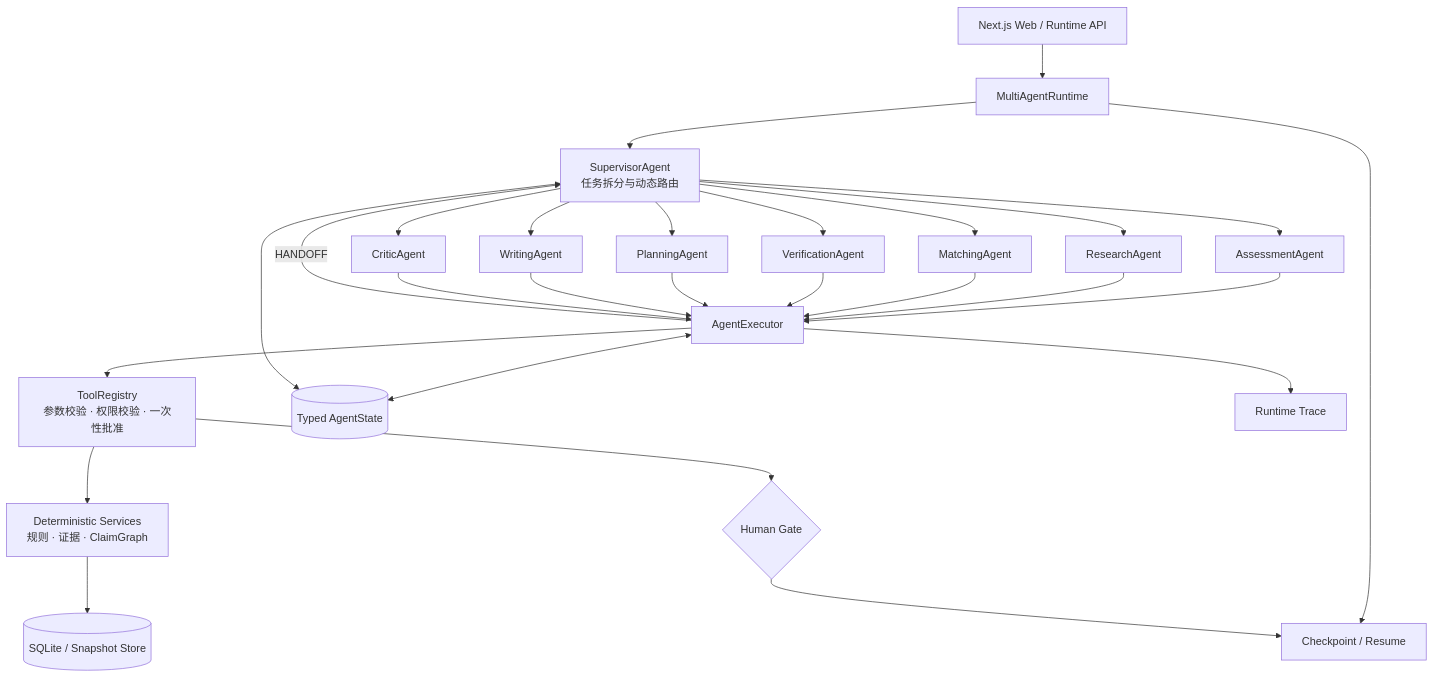
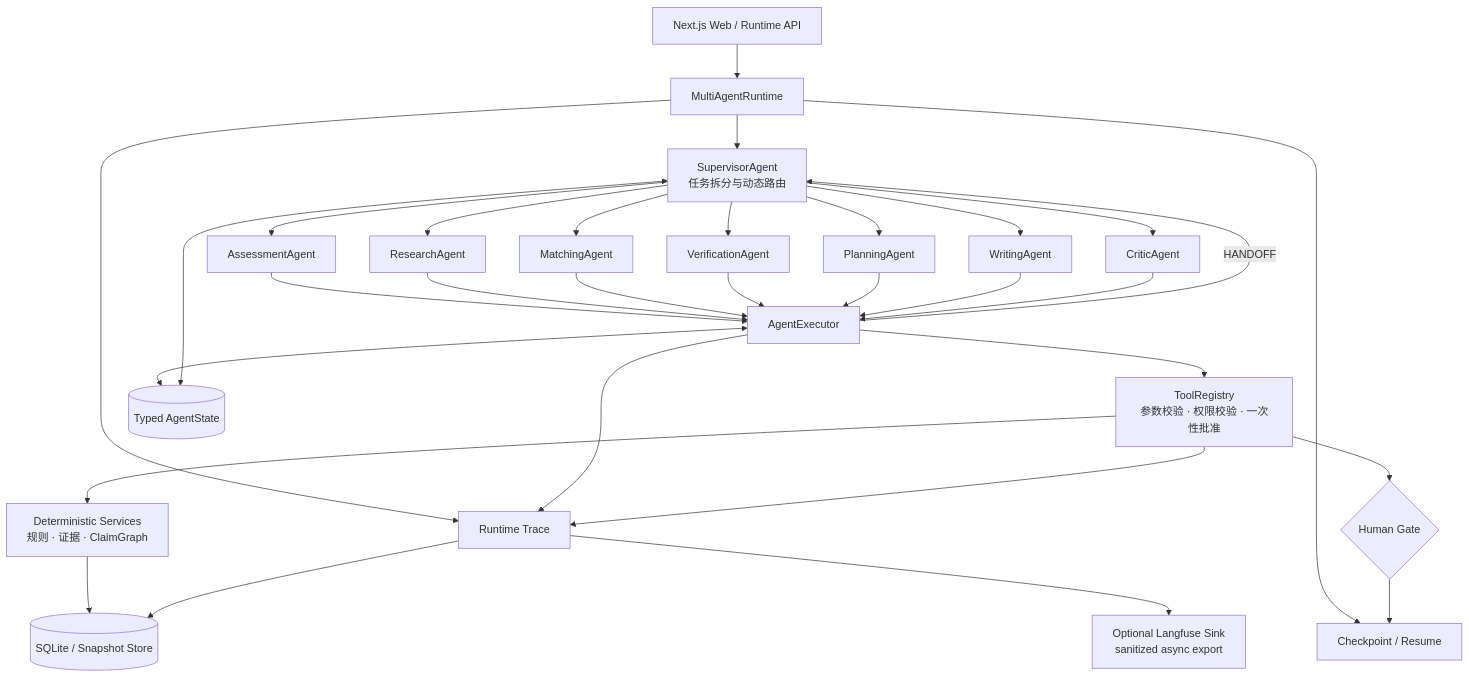
One commit to ZorIgn/HarborPilot-MultiAgent changed the second of 2 diagrams in README.md. Above: the diagram before and after it, drawn with Mermaid. The commit also changed other lines of this file and 35 other files, not shown here.

Commit message:
feat: add Langfuse runtime observability

```diff
--- a/README.md
+++ b/README.md
@@ -58,33 +58,37 @@
 ~~~mermaid
 flowchart TB
     UI["Next.js Web / Runtime API"] --> RT["MultiAgentRuntime"]
     RT --> S["SupervisorAgent<br/>任务拆分与动态路由"]
 
     S --> A["AssessmentAgent"]
     S --> R["ResearchAgent"]
     S --> M["MatchingAgent"]
     S --> V["VerificationAgent"]
     S --> P["PlanningAgent"]
     S --> W["WritingAgent"]
     S --> C["CriticAgent"]
 
     A --> E["AgentExecutor"]
     R --> E
     M --> E
     V --> E
     P --> E
     W --> E
     C --> E
 
     E --> T["ToolRegistry<br/>参数校验 · 权限校验 · 一次性批准"]
     T --> SV["Deterministic Services<br/>规则 · 证据 · ClaimGraph"]
     SV --> DB[("SQLite / Snapshot Store")]
 
     E <--> ST[("Typed AgentState")]
     S <--> ST
     RT --> CP["Checkpoint / Resume"]
-    E --> TR["Runtime Trace"]
+    RT --> TR["Runtime Trace"]
+    E --> TR
+    T --> TR
+    TR --> DB
+    TR --> LF["Optional Langfuse Sink<br/>sanitized async export"]
     T --> HG{"Human Gate"}
     HG --> CP
     E -->|"HANDOFF"| S
 ~~~
```
